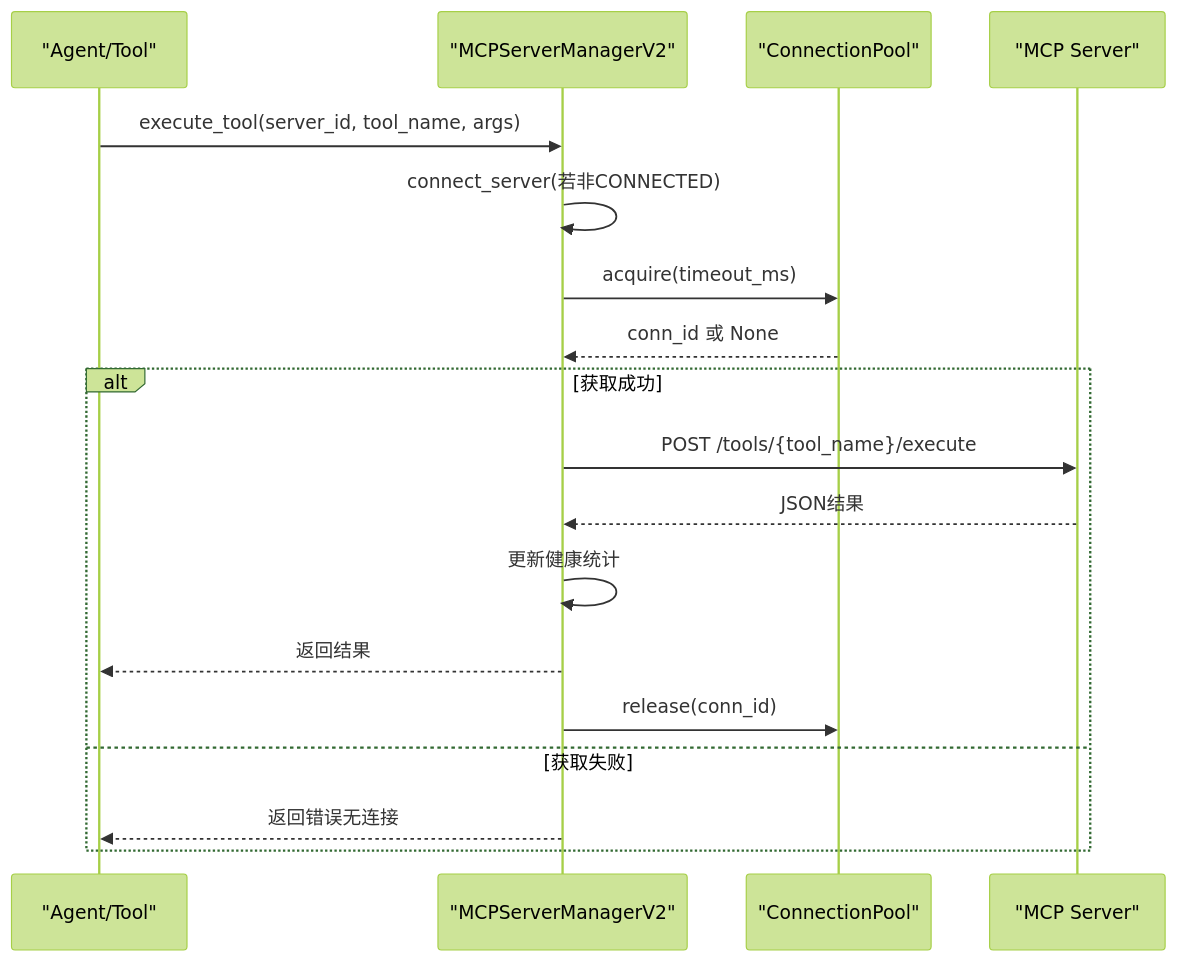
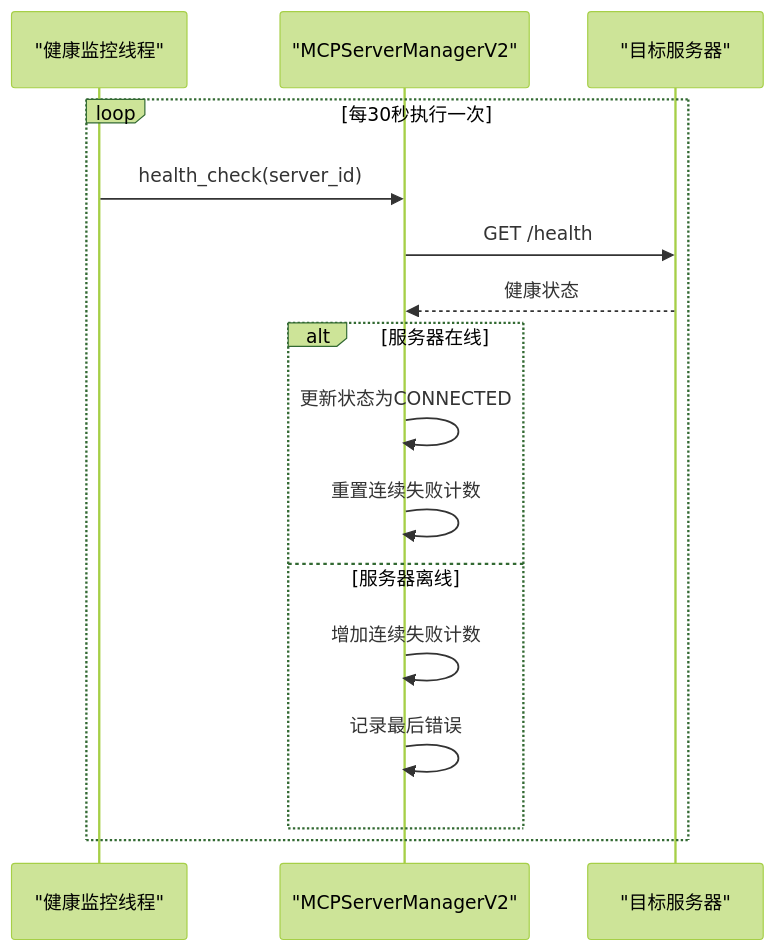
One commit to inier/ontology-graphiti changed the sixth of 8 diagrams in .qoder/repowiki/zh/content/后端服务/业务领域服务/集成服务/MCP协议适配器.md. Above: the diagram before and after it, drawn with Mermaid (forest theme). The commit also changed other lines of this file and 8 other files, not shown here.

````diff
--- a/.qoder/repowiki/zh/content/后端服务/业务领域服务/集成服务/MCP协议适配器.md
+++ b/.qoder/repowiki/zh/content/后端服务/业务领域服务/集成服务/MCP协议适配器.md
@@ -270,20 +307,18 @@
 ```mermaid
 sequenceDiagram
-participant Agent as "Agent/Tool"
-participant Mgr as "MCPServerManagerV2"
-participant Pool as "ConnectionPool"
-participant Remote as "MCP Server"
-Agent->>Mgr : execute_tool(server_id, tool_name, args)
-Mgr->>Mgr : connect_server(若非CONNECTED)
-Mgr->>Pool : acquire(timeout_ms)
-Pool-->>Mgr : conn_id 或 None
-alt 获取成功
-Mgr->>Remote : POST /tools/{tool_name}/execute
-Remote-->>Mgr : JSON结果
-Mgr->>Mgr : 更新健康统计
-Mgr-->>Agent : 返回结果
-Mgr->>Pool : release(conn_id)
-else 获取失败
-Mgr-->>Agent : 返回错误无连接
+participant Monitor as "健康监控线程"
+participant Manager as "MCPServerManagerV2"
+participant Server as "目标服务器"
+loop 每30秒执行一次
+Monitor->>Manager : health_check(server_id)
+Manager->>Server : GET /health
+Server-->>Manager : 健康状态
+alt 服务器在线
+Manager->>Manager : 更新状态为CONNECTED
+Manager->>Manager : 重置连续失败计数
+else 服务器离线
+Manager->>Manager : 增加连续失败计数
+Manager->>Manager : 记录最后错误
+end
 end
 ```
````
